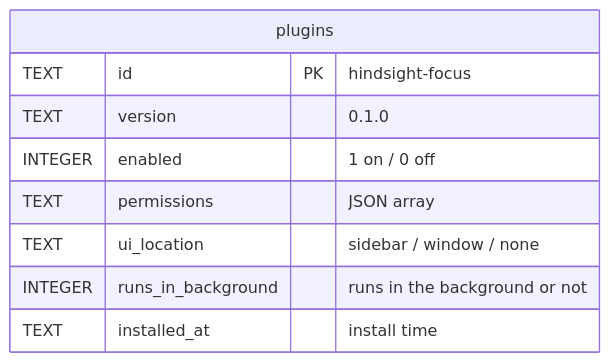
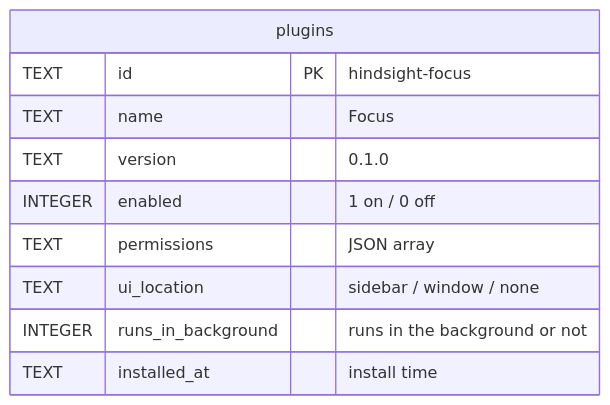
One commit to Tomotsugu-dev/Hindsight changed the first of 2 diagrams in docs/design/plugins/en/data.md. Above: the diagram before and after it, drawn with Mermaid. The commit also changed other lines of this file and 11 other files, not shown here.

````diff
--- a/docs/design/plugins/en/data.md
+++ b/docs/design/plugins/en/data.md
@@ -12,12 +12,13 @@
 ```mermaid
 erDiagram
   plugins {
     TEXT id PK "hindsight-focus"
+    TEXT name "Focus"
     TEXT version "0.1.0"
     INTEGER enabled "1 on / 0 off"
     TEXT permissions "JSON array"
     TEXT ui_location "sidebar / window / none"
     INTEGER runs_in_background "runs in the background or not"
     TEXT installed_at "install time"
   }
 ```
````
